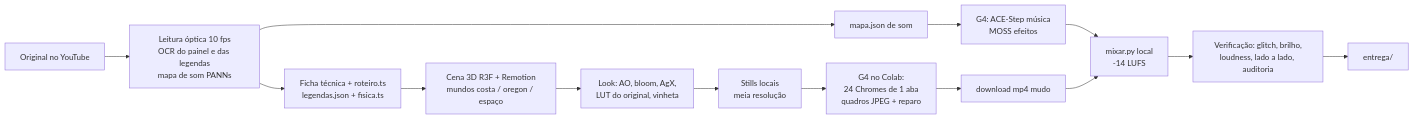
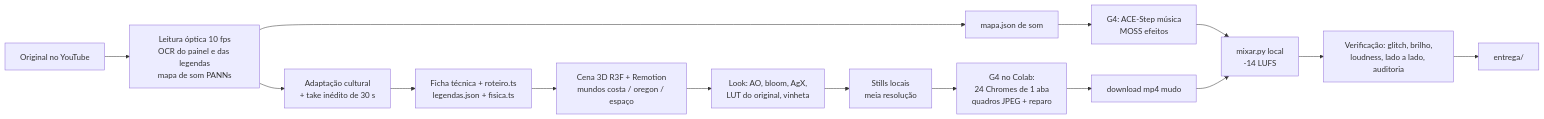
One commit to Eduardo08GN/mineracaoyoutube changed the diagram in docs/whatif-es/video01/PRODUCAO.md. Above: the diagram before and after it, drawn with Mermaid. The commit also changed other lines of this file and 1 other file, not shown here.

First line of the commit message:
What If ES: regras de adaptacao cultural e do take inedito de 30 s no registro de producao

````diff
--- a/docs/whatif-es/video01/PRODUCAO.md
+++ b/docs/whatif-es/video01/PRODUCAO.md
@@ -42,16 +46,17 @@
 ```mermaid
 flowchart LR
   A[Original no YouTube] --> B[Leitura óptica 10 fps<br/>OCR do painel e das legendas<br/>mapa de som PANNs]
-  B --> C[Ficha técnica + roteiro.ts<br/>legendas.json + fisica.ts]
+  B --> X[Adaptação cultural<br/>+ take inédito de 30 s]
+  X --> C[Ficha técnica + roteiro.ts<br/>legendas.json + fisica.ts]
   C --> D[Cena 3D R3F + Remotion<br/>mundos costa / oregon / espaço]
   D --> E[Look: AO, bloom, AgX,<br/>LUT do original, vinheta]
   E --> F[Stills locais<br/>meia resolução]
   F --> G[G4 no Colab:<br/>24 Chromes de 1 aba<br/>quadros JPEG + reparo]
   B --> H[mapa.json de som]
   H --> I[G4: ACE-Step música<br/>MOSS efeitos]
   G --> J[download mp4 mudo]
   I --> K[mixar.py local<br/>-14 LUFS]
   J --> K
   K --> L[Verificação: glitch, brilho,<br/>loudness, lado a lado, auditoria]
   L --> M[entrega/]
 ```
````
